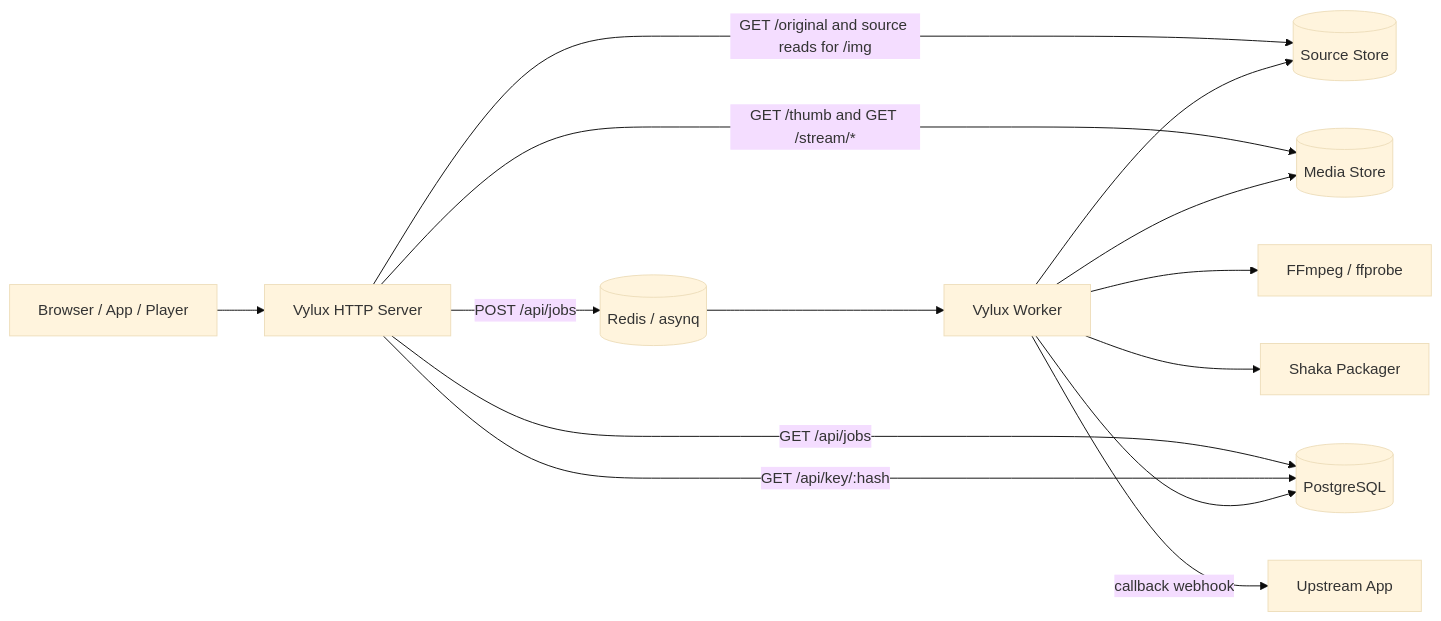
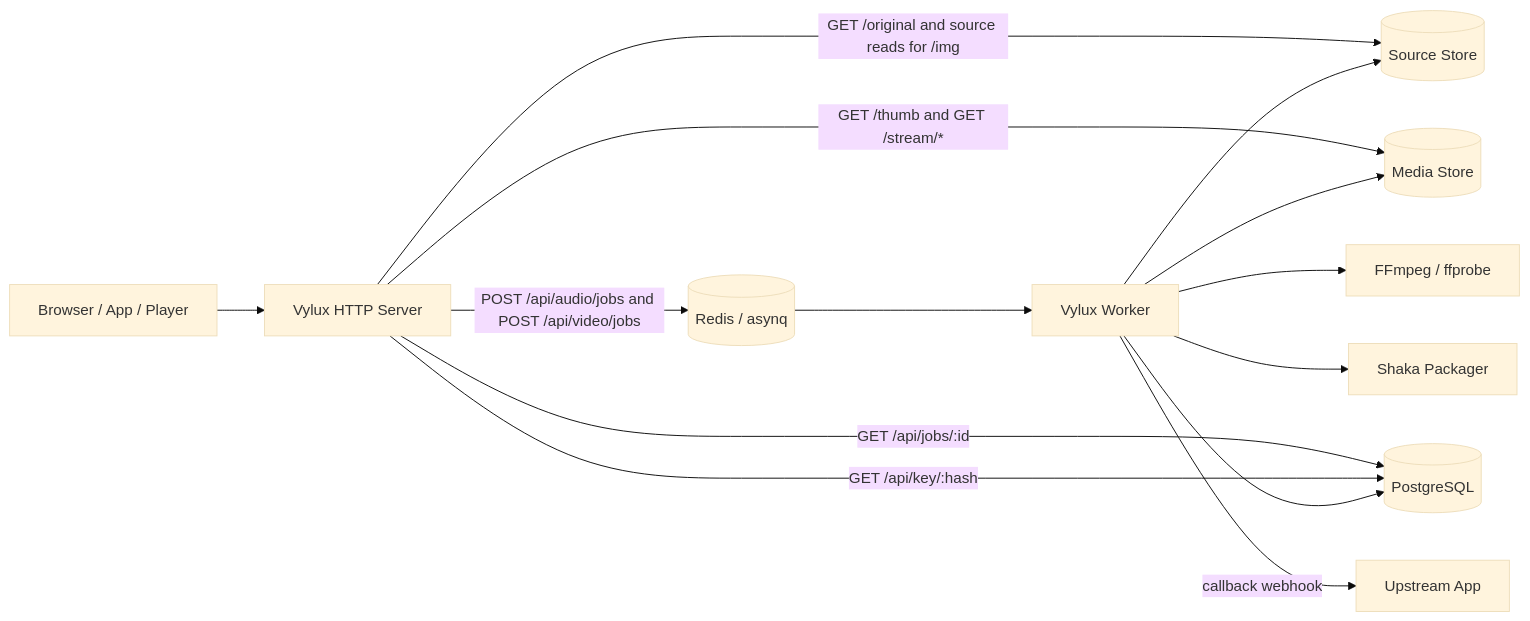
The diagram in docs/architecture/overview.md (carry0987/Vylux), drawn with Mermaid (base theme) before and after one commit. The commit also changed other lines of this file and 31 other files, not shown here.

````diff
--- a/docs/architecture/overview.md
+++ b/docs/architecture/overview.md
@@ -35,16 +35,16 @@
 ```mermaid
 flowchart LR
 	Client[Browser / App / Player] --> HTTP[Vylux HTTP Server]
 	HTTP -->|GET /original and source reads for /img| Source[(Source Store)]
 	HTTP -->|GET /thumb and GET /stream/*| Media[(Media Store)]
-	HTTP -->|POST /api/jobs| Redis[(Redis / asynq)]
-	HTTP -->|GET /api/jobs| PG[(PostgreSQL)]
+	HTTP -->|POST /api/audio/jobs and POST /api/video/jobs| Redis[(Redis / asynq)]
+	HTTP -->|GET /api/jobs/:id| PG[(PostgreSQL)]
 	HTTP -->|GET /api/key/:hash| PG
 	Redis --> Worker[Vylux Worker]
 	Worker --> FFmpeg[FFmpeg / ffprobe]
 	Worker --> Packager[Shaka Packager]
 	Worker --> PG
 	Worker --> Source
 	Worker --> Media
 	Worker -->|callback webhook| Upstream[Upstream App]
 ```
````
